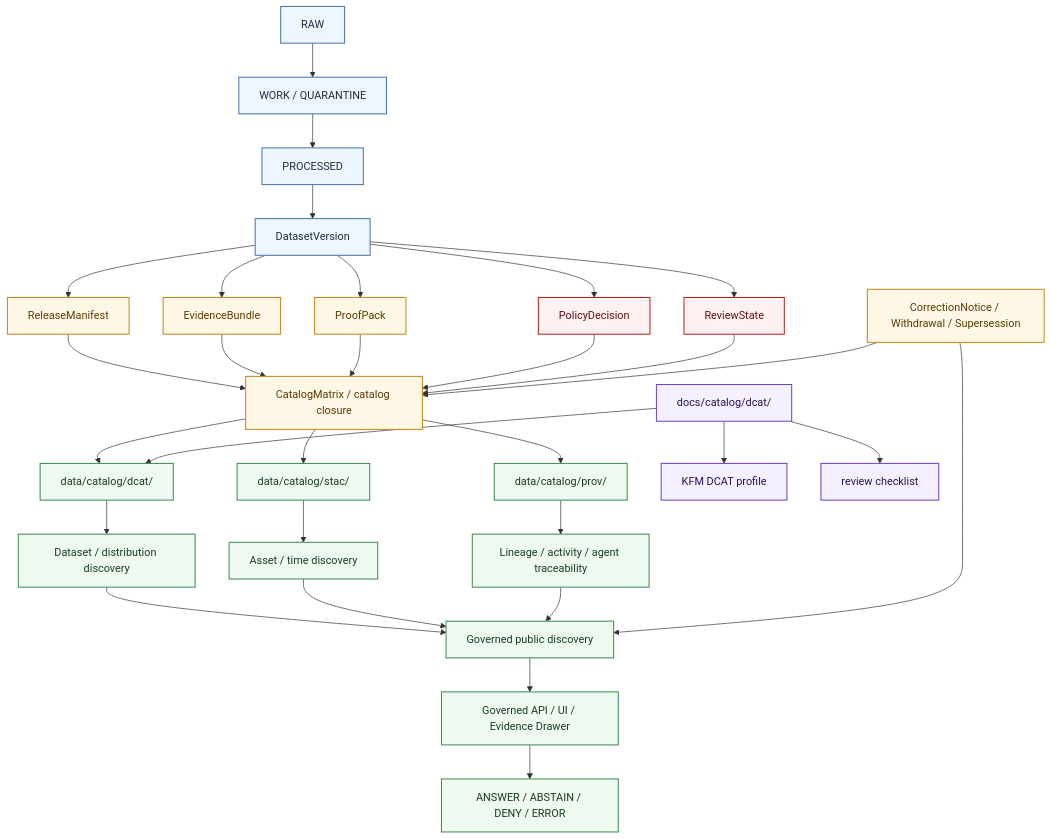
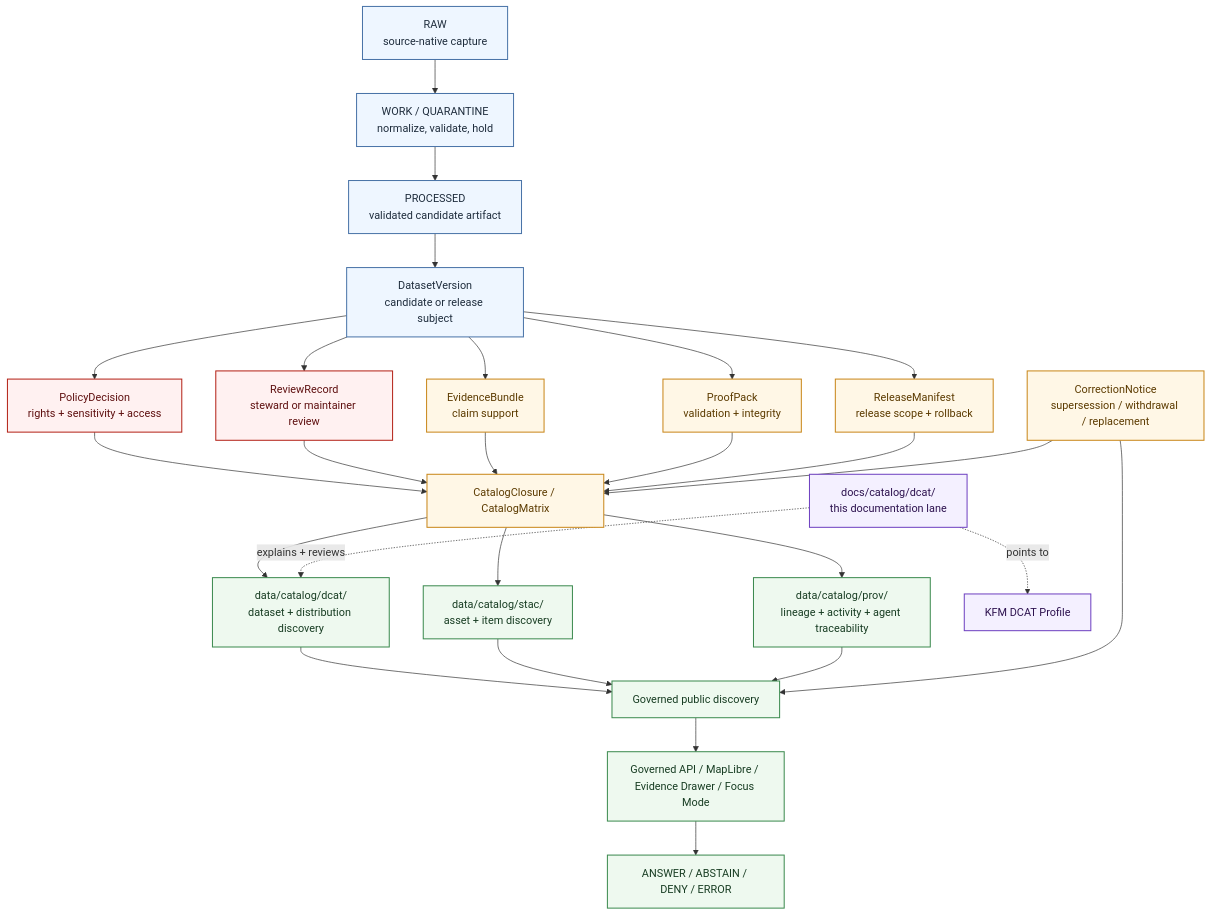
The diagram in docs/catalog/dcat/README.md (bartytime4life/Kansas-Frontier-Matrix), drawn with Mermaid before and after one commit. The commit also changed other lines of this file, not shown here.

````diff
--- a/docs/catalog/dcat/README.md
+++ b/docs/catalog/dcat/README.md
@@ -359,51 +417,47 @@
 ```mermaid
 flowchart TD
-    A[RAW] --> B[WORK / QUARANTINE]
-    B --> C[PROCESSED]
-    C --> D[DatasetVersion]
-    D --> E[ReleaseManifest]
-    D --> F[EvidenceBundle]
-    D --> G[ProofPack]
-    D --> H[PolicyDecision]
-    D --> I[ReviewState]
+    A[RAW<br/>source-native capture] --> B[WORK / QUARANTINE<br/>normalize, validate, hold]
+    B --> C[PROCESSED<br/>validated candidate artifact]
+    C --> D[DatasetVersion<br/>candidate or release subject]
 
-    E --> J[CatalogMatrix / catalog closure]
+    D --> E[PolicyDecision<br/>rights + sensitivity + access]
+    D --> F[ReviewRecord<br/>steward or maintainer review]
+    D --> G[EvidenceBundle<br/>claim support]
+    D --> H[ProofPack<br/>validation + integrity]
+    D --> I[ReleaseManifest<br/>release scope + rollback]
+
+    E --> J[CatalogClosure / CatalogMatrix]
     F --> J
     G --> J
     H --> J
     I --> J
 
-    J --> K[data/catalog/dcat/]
-    J --> L[data/catalog/stac/]
-    J --> M[data/catalog/prov/]
+    J --> K[data/catalog/dcat/<br/>dataset + distribution discovery]
+    J --> L[data/catalog/stac/<br/>asset + item discovery]
+    J --> M[data/catalog/prov/<br/>lineage + activity + agent traceability]
 
-    N[docs/catalog/dcat/] --> K
-    N --> O[KFM DCAT profile]
-    N --> P[review checklist]
+    N[docs/catalog/dcat/<br/>this documentation lane] -. explains + reviews .-> K
+    N -. points to .-> O[KFM DCAT Profile]
 
-    K --> Q[Dataset / distribution discovery]
-    L --> R[Asset / time discovery]
-    M --> S[Lineage / activity / agent traceability]
+    K --> P[Governed public discovery]
+    L --> P
+    M --> P
 
-    Q --> T[Governed public discovery]
-    R --> T
-    S --> T
+    P --> Q[Governed API / MapLibre / Evidence Drawer / Focus Mode]
+    Q --> R[ANSWER / ABSTAIN / DENY / ERROR]
 
-    T --> U[Governed API / UI / Evidence Drawer]
-    U --> V[ANSWER / ABSTAIN / DENY / ERROR]
-
-    W[CorrectionNotice / Withdrawal / Supersession] --> J
-    W --> T
+    S[CorrectionNotice<br/>supersession / withdrawal / replacement] --> J
+    S --> P
 
     classDef lifecycle fill:#eef6ff,stroke:#4a74a8,stroke-width:1.5px,color:#1f2d3d;
     classDef proof fill:#fff7e6,stroke:#c9871a,stroke-width:1.5px,color:#5c3b00;
     classDef policy fill:#fff1f1,stroke:#b42318,stroke-width:1.5px,color:#5f1010;
     classDef doc fill:#f4f0ff,stroke:#6f42c1,stroke-width:1.5px,color:#2d124f;
     classDef catalog fill:#eef9ef,stroke:#3d8b50,stroke-width:1.5px,color:#183d23;
 
     class A,B,C,D lifecycle;
-    class E,F,G,J,W proof;
-    class H,I policy;
-    class N,O,P doc;
-    class K,L,M,Q,R,S,T,U,V catalog;
+    class E,F policy;
+    class G,H,I,J,S proof;
+    class N,O doc;
+    class K,L,M,P,Q,R catalog;
 ```
````
